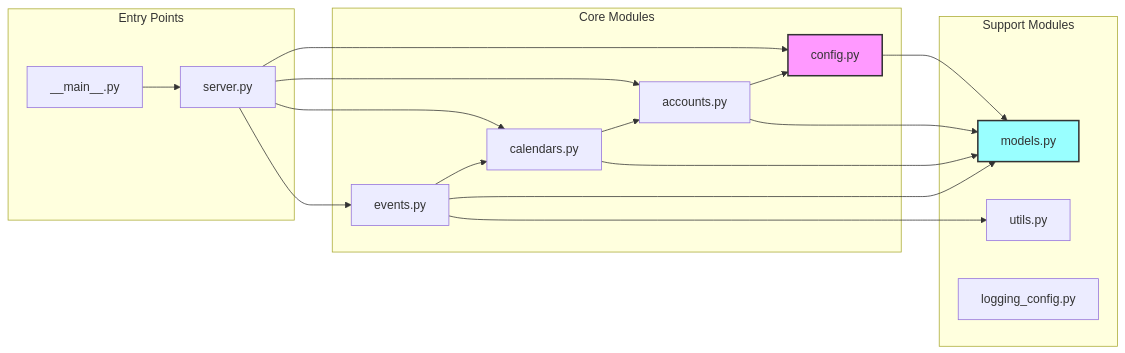
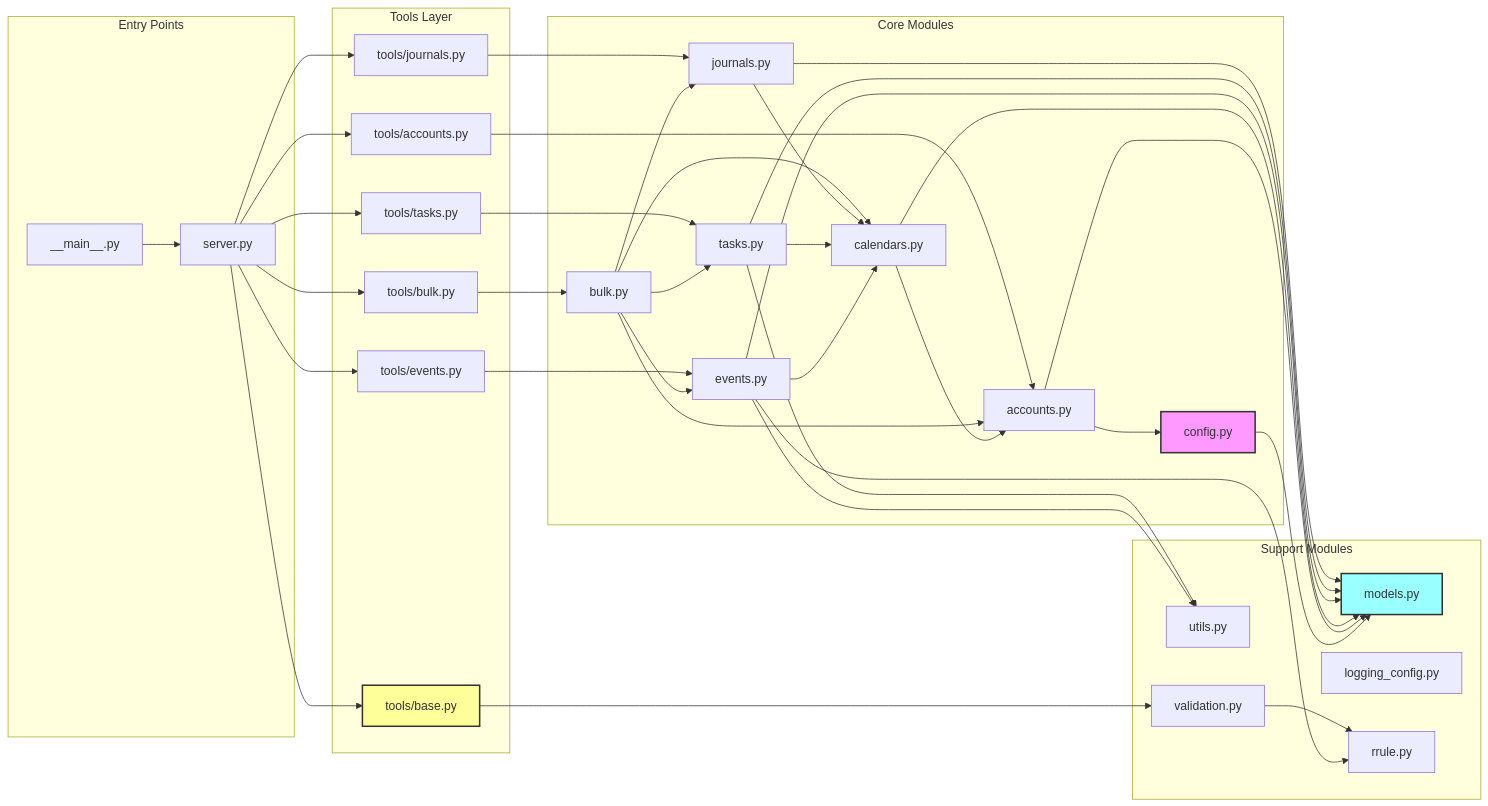
One commit to meskallito/chronos-mcp changed the fourth of 14 diagrams in docs/ARCHITECTURE.md. Above: the diagram before and after it, drawn with Mermaid. The commit also changed other lines of this file and 1 other file, not shown here.

First line of the commit message:
docs: add TaskManager, JournalManager, BulkOperationManager to ARCHITECTURE

````diff
--- a/docs/ARCHITECTURE.md
+++ b/docs/ARCHITECTURE.md
@@ -140,40 +156,76 @@
 ```mermaid
 graph LR
     subgraph "Core Modules"
         CONFIG[config.py]
         ACCOUNTS[accounts.py]
         CALENDARS[calendars.py]
         EVENTS[events.py]
+        TASKS[tasks.py]
+        JOURNALS[journals.py]
+        BULK[bulk.py]
     end
 
     subgraph "Support Modules"
         MODELS[models.py]
         UTILS[utils.py]
         LOGGING[logging_config.py]
+        RRULE[rrule.py]
+        VALIDATION[validation.py]
+    end
+
+    subgraph "Tools Layer"
+        TOOLS_BASE[tools/base.py]
+        TOOLS_ACCOUNTS[tools/accounts.py]
+        TOOLS_EVENTS[tools/events.py]
+        TOOLS_TASKS[tools/tasks.py]
+        TOOLS_JOURNALS[tools/journals.py]
+        TOOLS_BULK[tools/bulk.py]
     end
 
     subgraph "Entry Points"
         SERVER[server.py]
         MAIN[__main__.py]
     end
 
     ACCOUNTS --> CONFIG
     CALENDARS --> ACCOUNTS
     EVENTS --> CALENDARS
+    TASKS --> CALENDARS
+    JOURNALS --> CALENDARS
+    BULK --> ACCOUNTS
+    BULK --> CALENDARS
+    BULK --> EVENTS
+    BULK --> TASKS
+    BULK --> JOURNALS
 
     CONFIG --> MODELS
     ACCOUNTS --> MODELS
     CALENDARS --> MODELS
     EVENTS --> MODELS
+    TASKS --> MODELS
+    JOURNALS --> MODELS
     EVENTS --> UTILS
+    TASKS --> UTILS
+    EVENTS --> RRULE
+    VALIDATION --> RRULE
 
-    SERVER --> CONFIG
-    SERVER --> ACCOUNTS
-    SERVER --> CALENDARS
-    SERVER --> EVENTS
+    TOOLS_BASE --> VALIDATION
+    TOOLS_ACCOUNTS --> ACCOUNTS
+    TOOLS_EVENTS --> EVENTS
+    TOOLS_TASKS --> TASKS
+    TOOLS_JOURNALS --> JOURNALS
+    TOOLS_BULK --> BULK
+
+    SERVER --> TOOLS_BASE
+    SERVER --> TOOLS_ACCOUNTS
+    SERVER --> TOOLS_EVENTS
+    SERVER --> TOOLS_TASKS
+    SERVER --> TOOLS_JOURNALS
+    SERVER --> TOOLS_BULK
 
     MAIN --> SERVER
 
     style CONFIG fill:#f9f,stroke:#333,stroke-width:2px
     style MODELS fill:#9ff,stroke:#333,stroke-width:2px
+    style TOOLS_BASE fill:#ff9,stroke:#333,stroke-width:2px
 ```
````
